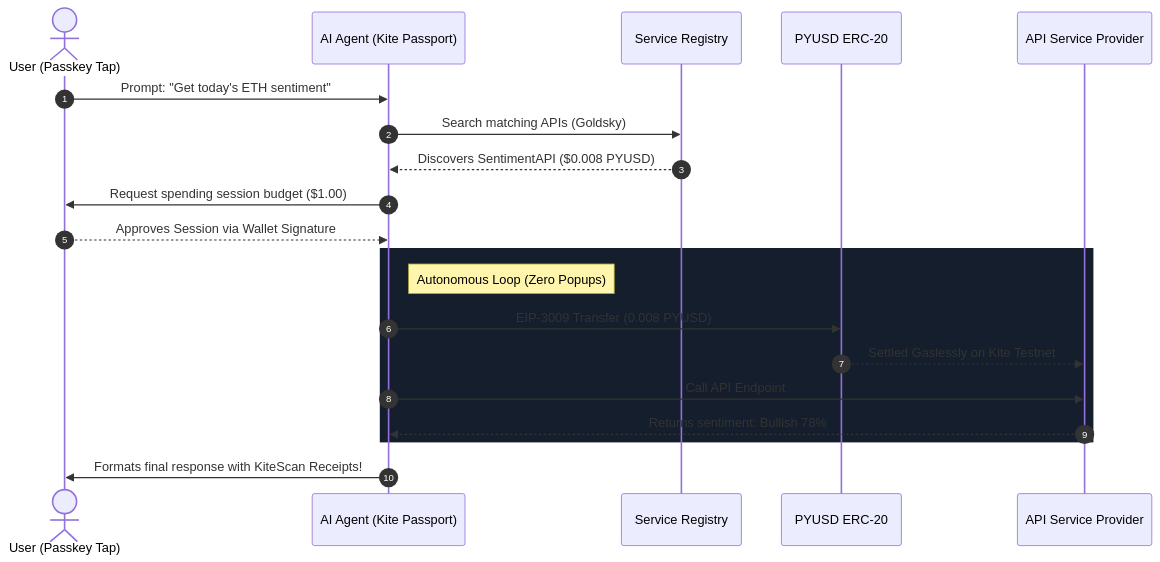
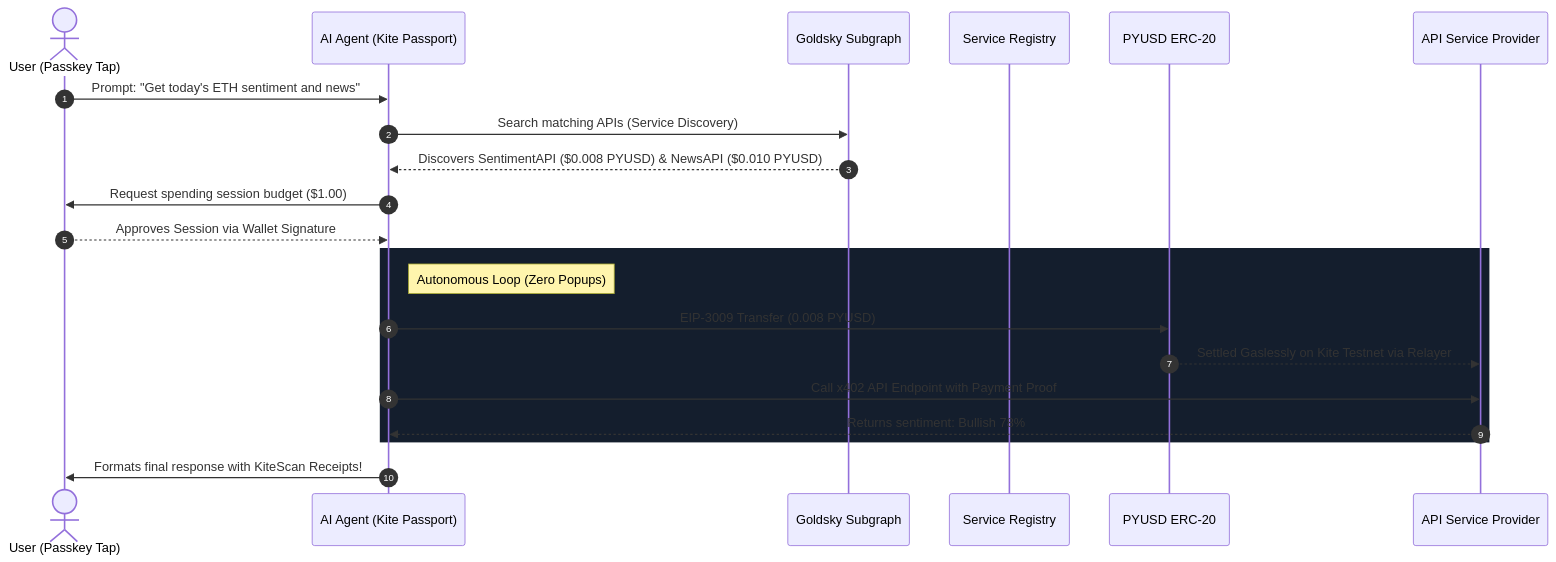
Before and after one commit to NikhilRaikwar/payperprompt: the diagram in README.md, drawn with Mermaid. The commit also changed other lines of this file, not shown here.

````diff
--- a/README.md
+++ b/README.md
@@ -13,23 +13,24 @@
 ```mermaid
 sequenceDiagram
     autonumber
     actor Human as User (Passkey Tap)
     participant Agent as AI Agent (Kite Passport)
+    participant Subgraph as Goldsky Subgraph
     participant Registry as Service Registry
     participant PYUSD as PYUSD ERC-20
     participant Provider as API Service Provider
     
-    Human->>Agent: Prompt: "Get today's ETH sentiment"
-    Agent->>Registry: Search matching APIs (Goldsky)
-    Registry-->>Agent: Discovers SentimentAPI ($0.008 PYUSD)
+    Human->>Agent: Prompt: "Get today's ETH sentiment and news"
+    Agent->>Subgraph: Search matching APIs (Service Discovery)
+    Subgraph-->>Agent: Discovers SentimentAPI ($0.008 PYUSD) & NewsAPI ($0.010 PYUSD)
     Agent->>Human: Request spending session budget ($1.00)
     Human-->>Agent: Approves Session via Wallet Signature
     rect rgb(20, 30, 45)
         note right of Agent: Autonomous Loop (Zero Popups)
         Agent->>PYUSD: EIP-3009 Transfer (0.008 PYUSD)
-        PYUSD-->>Provider: Settled Gaslessly on Kite Testnet
-        Agent->>Provider: Call API Endpoint
+        PYUSD-->>Provider: Settled Gaslessly on Kite Testnet via Relayer
+        Agent->>Provider: Call x402 API Endpoint with Payment Proof
         Provider-->>Agent: Returns sentiment: Bullish 78%
     end
     Agent->>Human: Formats final response with KiteScan Receipts!
 ```
````
